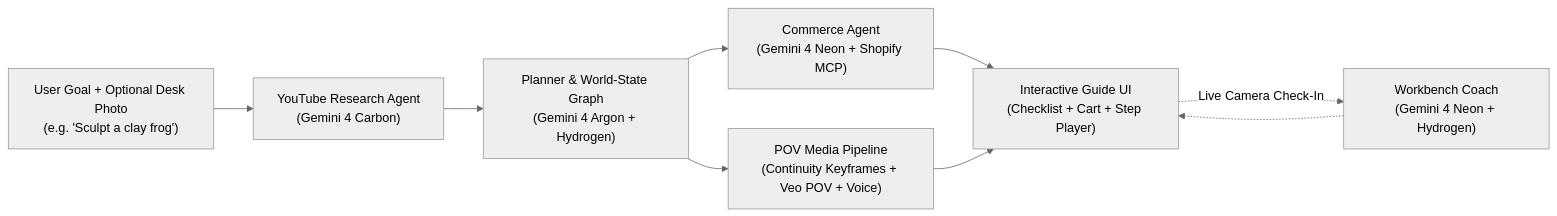
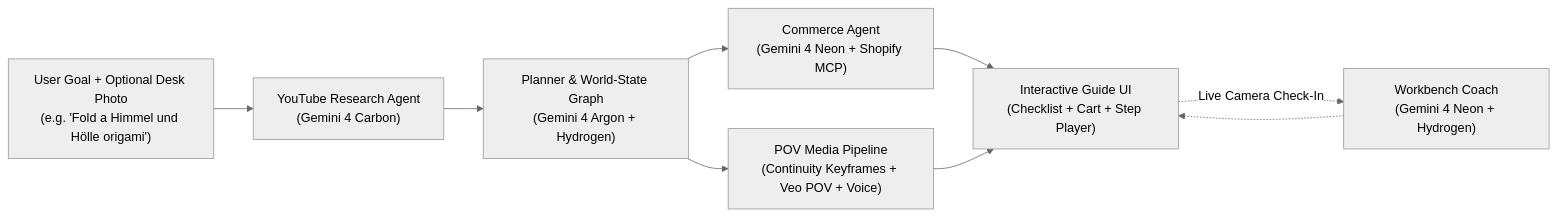
Before and after one commit to lhnmx/nyc-gemini4-hack: the diagram in README.md, drawn with Mermaid (neutral theme). The commit also changed other lines of this file and 5 other files, not shown here.

Commit message:
Switch default demo prompt to Himmel und Hölle origami

````diff
--- a/README.md
+++ b/README.md
@@ -46,11 +46,11 @@
 ```mermaid
 flowchart LR
-    U["User Goal + Optional Desk Photo\n(e.g. 'Sculpt a clay frog')"] --> R["YouTube Research Agent\n(Gemini 4 Carbon)"]
+    U["User Goal + Optional Desk Photo\n(e.g. 'Fold a Himmel und Hölle origami')"] --> R["YouTube Research Agent\n(Gemini 4 Carbon)"]
     R --> P["Planner & World-State Graph\n(Gemini 4 Argon + Hydrogen)"]
     P --> C["Commerce Agent\n(Gemini 4 Neon + Shopify MCP)"]
     P --> M["POV Media Pipeline\n(Continuity Keyframes + Veo POV + Voice)"]
     C --> UI["Interactive Guide UI\n(Checklist + Cart + Step Player)"]
     M --> UI
     UI -.->|Live Camera Check-In| L["Workbench Coach\n(Gemini 4 Neon + Hydrogen)"]
     L -.-> UI
 ```
````
